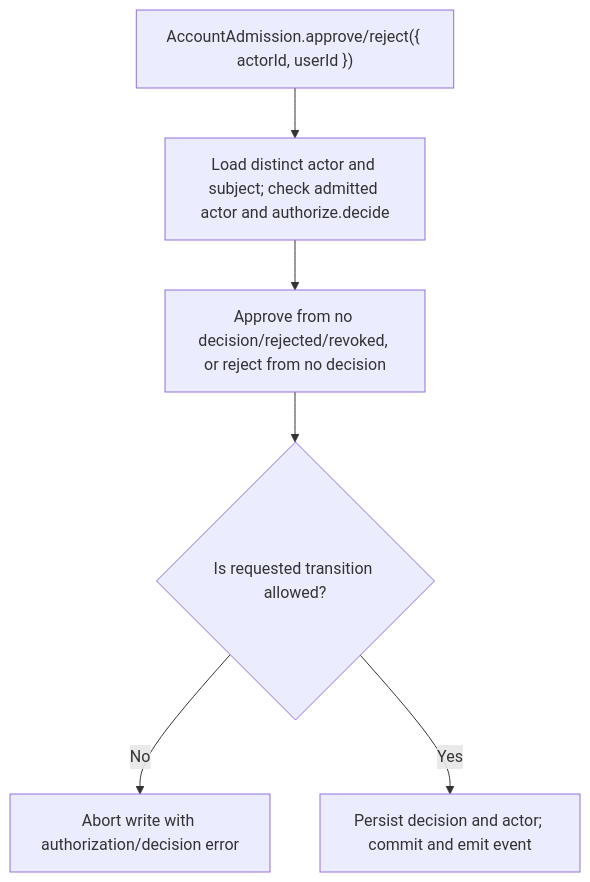
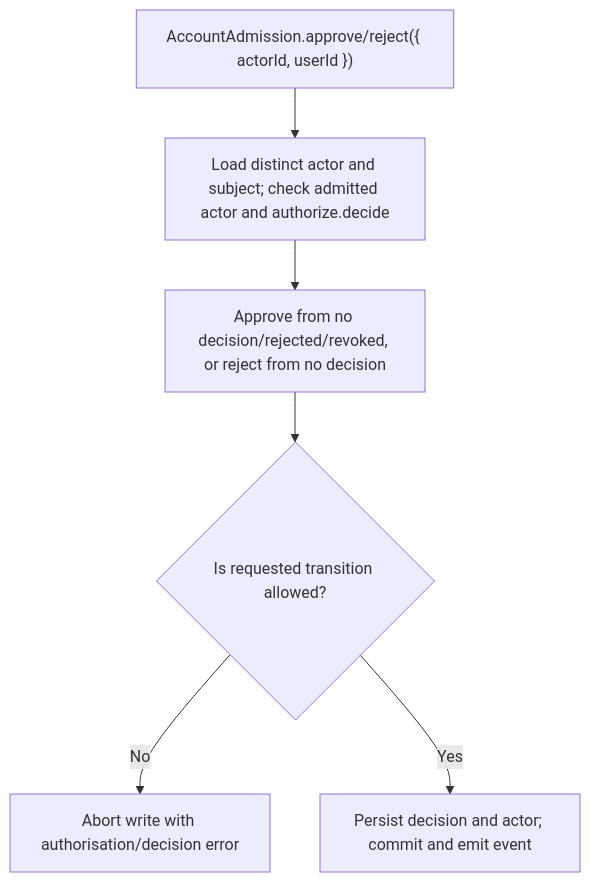
Before and after one commit to Kevinjohn/oss-adonisjs-account-kit: the second of 2 diagrams in user-stories/US-ACCOUNT-26-decide-admission.md, drawn with Mermaid. The commit also changed other lines of this file and 93 other files, not shown here.

````diff
--- a/user-stories/US-ACCOUNT-26-decide-admission.md
+++ b/user-stories/US-ACCOUNT-26-decide-admission.md
@@ -31,8 +31,8 @@
 ```mermaid
 flowchart TD
  A["AccountAdmission.approve/reject({ actorId, userId })"] --> B["Load distinct actor and subject; check admitted actor and authorize.decide"]
  B --> C["Approve from no decision/rejected/revoked, or reject from no decision"]
  C --> D{"Is requested transition allowed?"}
- D -->|No| E["Abort write with authorization/decision error"]
+ D -->|No| E["Abort write with authorisation/decision error"]
  D -->|Yes| F["Persist decision and actor; commit and emit event"]
 ```
````
